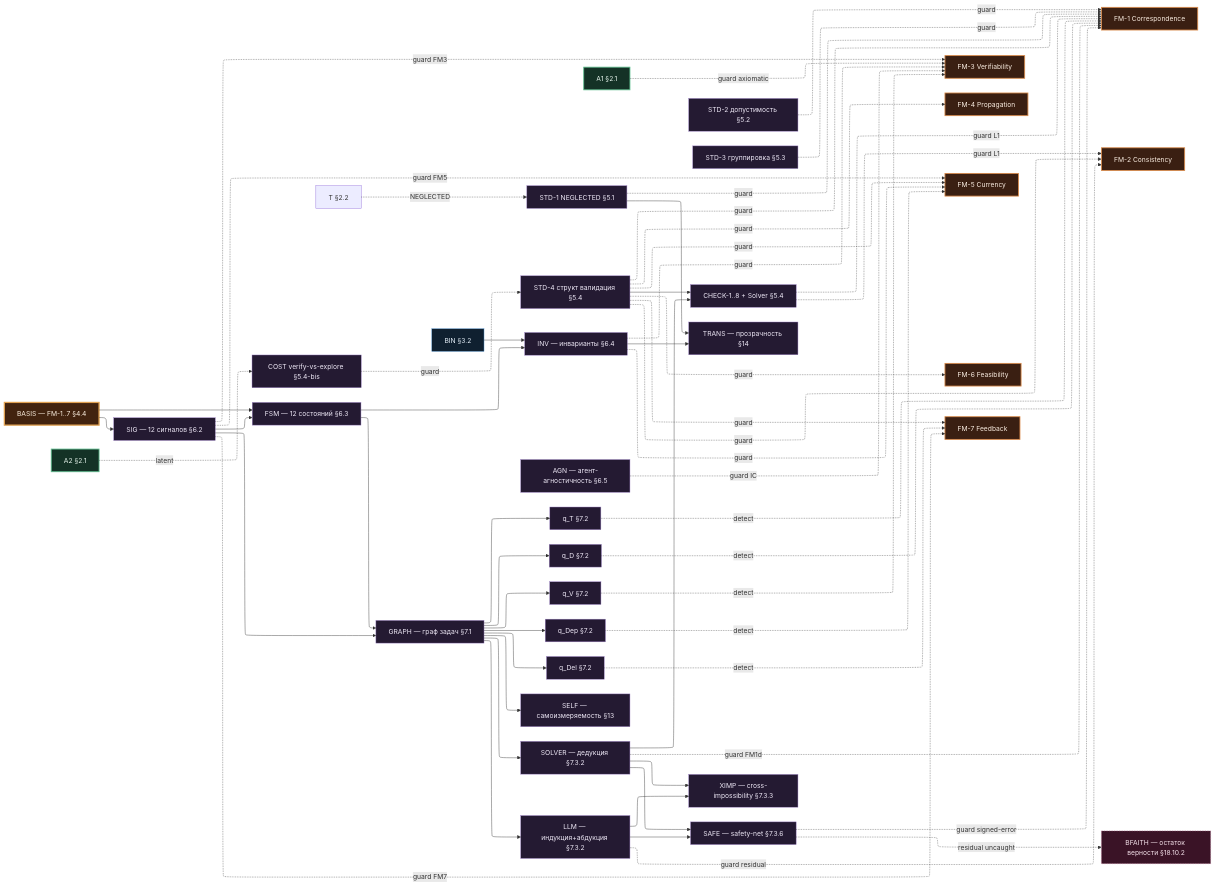
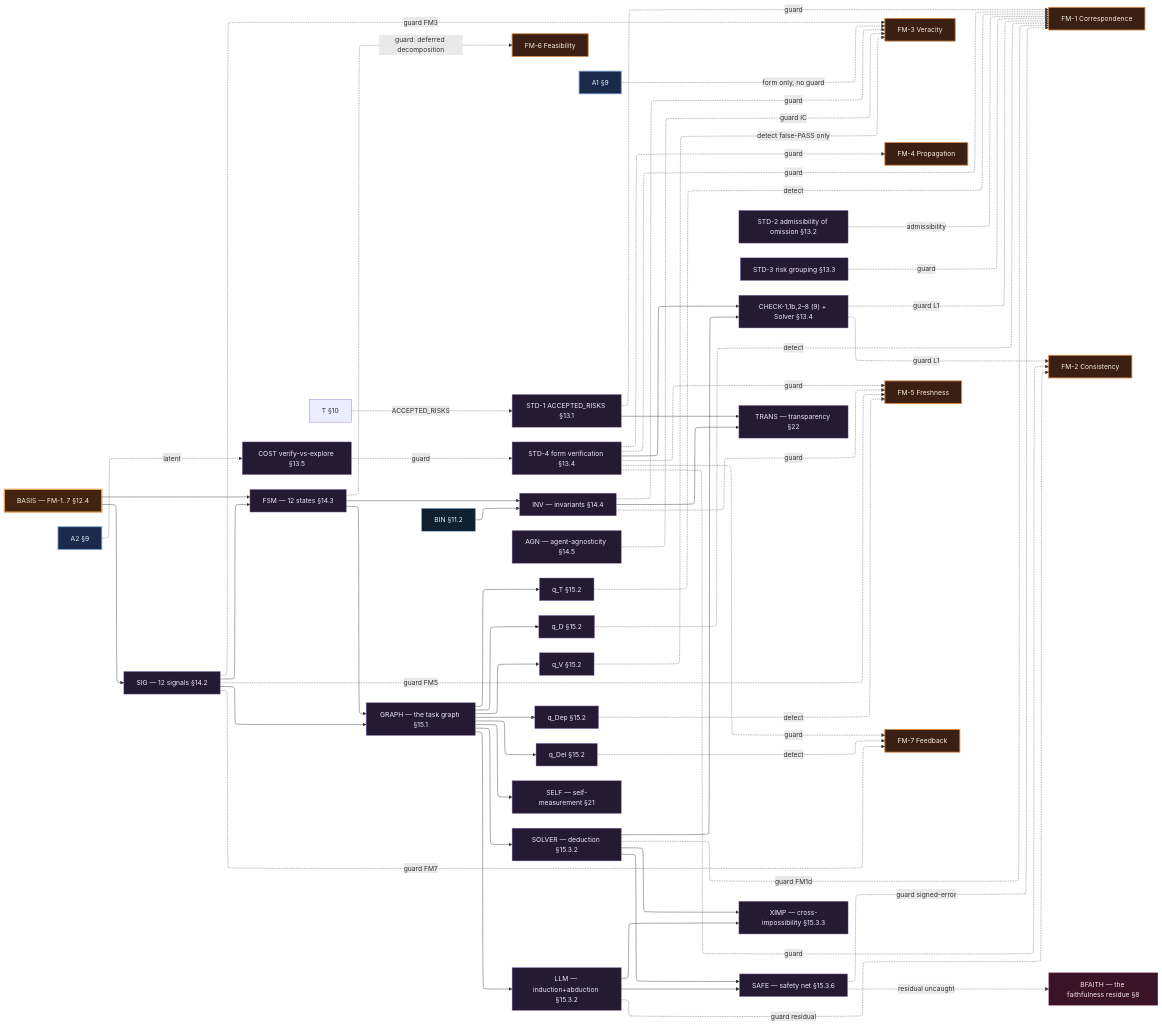
The second of 5 diagrams in docs/gfso_dependency_map.md (Kirill-Shokhin/GFSO), drawn with Mermaid before and after one commit. The commit also changed other lines of this file and 39 other files, not shown here.

```diff
--- a/docs/gfso_dependency_map.md
+++ b/docs/gfso_dependency_map.md
@@ -184,92 +209,93 @@
 flowchart LR
   classDef fm fill:#3a1f12,stroke:#d98a4a,color:#fbeee2,stroke-width:2px;
   classDef basis fill:#42230f,stroke:#e0a050,color:#fdf1e2,stroke-width:3px;
+  classDef axiom fill:#1b2a4a,stroke:#7da2d9,color:#eaf0fb,stroke-width:2px;
   classDef prim fill:#143226,stroke:#5fbf8f,color:#e9f7ef,stroke-width:2px;
   classDef derived fill:#0f2030,stroke:#5b9bd5,color:#e6f0fa;
   classDef guard fill:#241a32,stroke:#9b7fc4,color:#efe9f7;
   classDef bound fill:#3a1326,stroke:#c46a93,color:#f6e3ec,stroke-dasharray:3 3;
 
-  BASIS["BASIS — FM-1..7 §4.4"]
+  BASIS["BASIS — FM-1..7 §12.4"]
   class BASIS basis
 
   FM1["FM-1 Correspondence"]
   FM2["FM-2 Consistency"]
-  FM3["FM-3 Verifiability"]
+  FM3["FM-3 Veracity"]
   FM4["FM-4 Propagation"]
-  FM5["FM-5 Currency"]
+  FM5["FM-5 Freshness"]
   FM6["FM-6 Feasibility"]
   FM7["FM-7 Feedback"]
   class FM1,FM2,FM3,FM4,FM5,FM6,FM7 fm
 
-  %% light-якоря
-  A1["A1 §2.1"]; A2["A2 §2.1"]; T["T §2.2"]; BIN["BIN §3.2"]
-  class A1,A2 prim
+  %% light anchors
+  A1["A1 §9"]; A2["A2 §9"]; T["T §10"]; BIN["BIN §11.2"]
+  class A1,A2 axiom
   class BIN derived
-  BFAITH["BFAITH — остаток верности §18.10.2"]
+  BFAITH["BFAITH — the faithfulness residue §8"]
   class BFAITH bound
 
-  %% стандарты §5
-  STD1["STD-1 NEGLECTED §5.1"]
-  STD2["STD-2 допустимость §5.2"]
-  STD3["STD-3 группировка §5.3"]
-  STD4["STD-4 структ валидация §5.4"]
-  CHK["CHECK-1..8 + Solver §5.4"]
-  COST["COST verify-vs-explore §5.4-bis"]
+  %% standards §13
+  STD1["STD-1 ACCEPTED_RISKS §13.1"]
+  STD2["STD-2 admissibility of omission §13.2"]
+  STD3["STD-3 risk grouping §13.3"]
+  STD4["STD-4 form verification §13.4"]
+  CHK["CHECK-1,1b,2–8 (9) + Solver §13.4"]
+  COST["COST verify-vs-explore §13.5"]
   class STD1,STD2,STD3,STD4,CHK,COST guard
 
-  %% протокол §6
-  SIG["SIG — 12 сигналов §6.2"]
-  FSM["FSM — 12 состояний §6.3"]
-  INV["INV — инварианты §6.4"]
-  AGN["AGN — агент-агностичность §6.5"]
+  %% protocol §14
+  SIG["SIG — 12 signals §14.2"]
+  FSM["FSM — 12 states §14.3"]
+  INV["INV — invariants §14.4"]
+  AGN["AGN — agent-agnosticity §14.5"]
   class SIG,FSM,INV,AGN guard
 
-  %% метрики §7.2
-  GRAPH["GRAPH — граф задач §7.1"]
-  QT["q_T §7.2"]; QD["q_D §7.2"]; QV["q_V §7.2"]; QDEP["q_Dep §7.2"]; QDEL["q_Del §7.2"]
-  SELF["SELF — самоизмеряемость §13"]
-  TRANS["TRANS — прозрачность §14"]
+  %% metrics §15.2
+  GRAPH["GRAPH — the task graph §15.1"]
+  QT["q_T §15.2"]; QD["q_D §15.2"]; QV["q_V §15.2"]; QDEP["q_Dep §15.2"]; QDEL["q_Del §15.2"]
+  SELF["SELF — self-measurement §21"]
+  TRANS["TRANS — transparency §22"]
   class GRAPH,QT,QD,QV,QDEP,QDEL,SELF,TRANS guard
 
-  %% AI-слой §7.3
-  SOLVER["SOLVER — дедукция §7.3.2"]
-  LLM["LLM — индукция+абдукция §7.3.2"]
-  XIMP["XIMP — cross-impossibility §7.3.3"]
-  SAFE["SAFE — safety-net §7.3.6"]
+  %% AI layer §15.3
+  SOLVER["SOLVER — deduction §15.3.2"]
+  LLM["LLM — induction+abduction §15.3.2"]
+  XIMP["XIMP — cross-impossibility §15.3.3"]
+  SAFE["SAFE — safety net §15.3.6"]
   class SOLVER,LLM,XIMP,SAFE guard
 
-  %% стандарты = стражи FM
-  T -.->|NEGLECTED| STD1
+  %% standards = FM guards
+  T -.->|ACCEPTED_RISKS| STD1
   STD1 -.->|guard| FM1
-  STD2 -.->|guard| FM1
+  STD2 -.->|admissibility| FM1
   STD3 -.->|guard| FM1
   STD4 -.->|guard| FM1
   STD4 -.->|guard| FM2
   STD4 -.->|guard| FM4
   STD4 -.->|guard| FM5
-  STD4 -.->|guard| FM6
   STD4 -.->|guard| FM7
-  A1 -.->|guard axiomatic| FM3
+  A1 -.->|form only, no guard| FM3
   STD4 --> CHK
   CHK -.->|guard L1| FM1
   CHK -.->|guard L1| FM2
   COST -.->|guard| STD4
   A2 -.->|latent| COST
 
-  %% протокол: BASIS строит сигналы; сигнал отвечает на FM
+  %% protocol: BASIS builds the signals; a signal answers an FM
   BASIS --> SIG
   BASIS --> FSM
   SIG --> FSM
   SIG -.->|guard FM7| FM7
   SIG -.->|guard FM5| FM5
   SIG -.->|guard FM3| FM3
+  FSM -.->|guard: deferred decomposition| FM6
   INV -.->|guard| FM3
   INV -.->|guard| FM5
   BIN --> INV
   FSM --> INV
   AGN -.->|guard IC| FM3
 
-  %% метрики: граф из протокола, q ловят FM
+  %% metrics: the graph from the protocol, the q's catch FMs
   SIG --> GRAPH
   FSM --> GRAPH
   GRAPH --> QT
@@ -279,14 +305,14 @@
   GRAPH --> QDEL
   QT -.->|detect| FM1
   QD -.->|detect| FM1
-  QV -.->|detect| FM3
+  QV -.->|detect false-PASS only| FM3
   QDEP -.->|detect| FM5
   QDEL -.->|detect| FM7
   GRAPH --> SELF
   INV --> TRANS
   STD1 --> TRANS
 
-  %% AI-слой: стражи остаточных FM
+  %% AI layer: guards of the residual FMs
   GRAPH --> SOLVER
   GRAPH --> LLM
   SOLVER --> CHK
```
